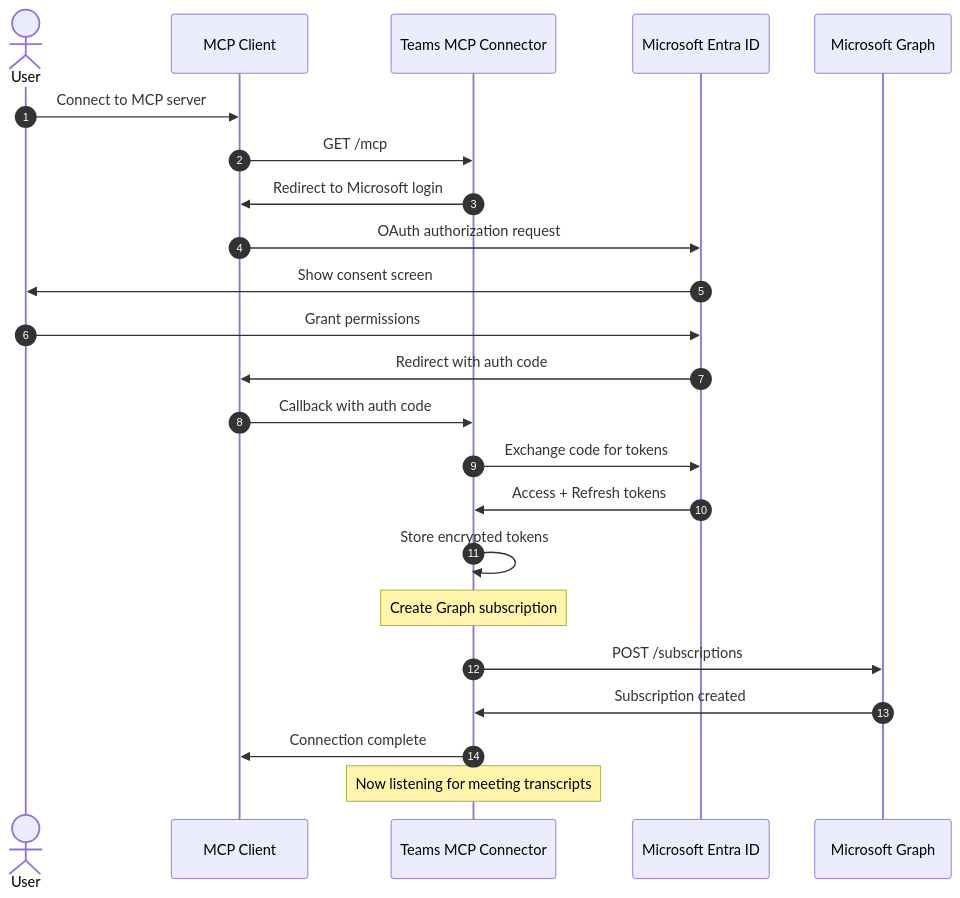
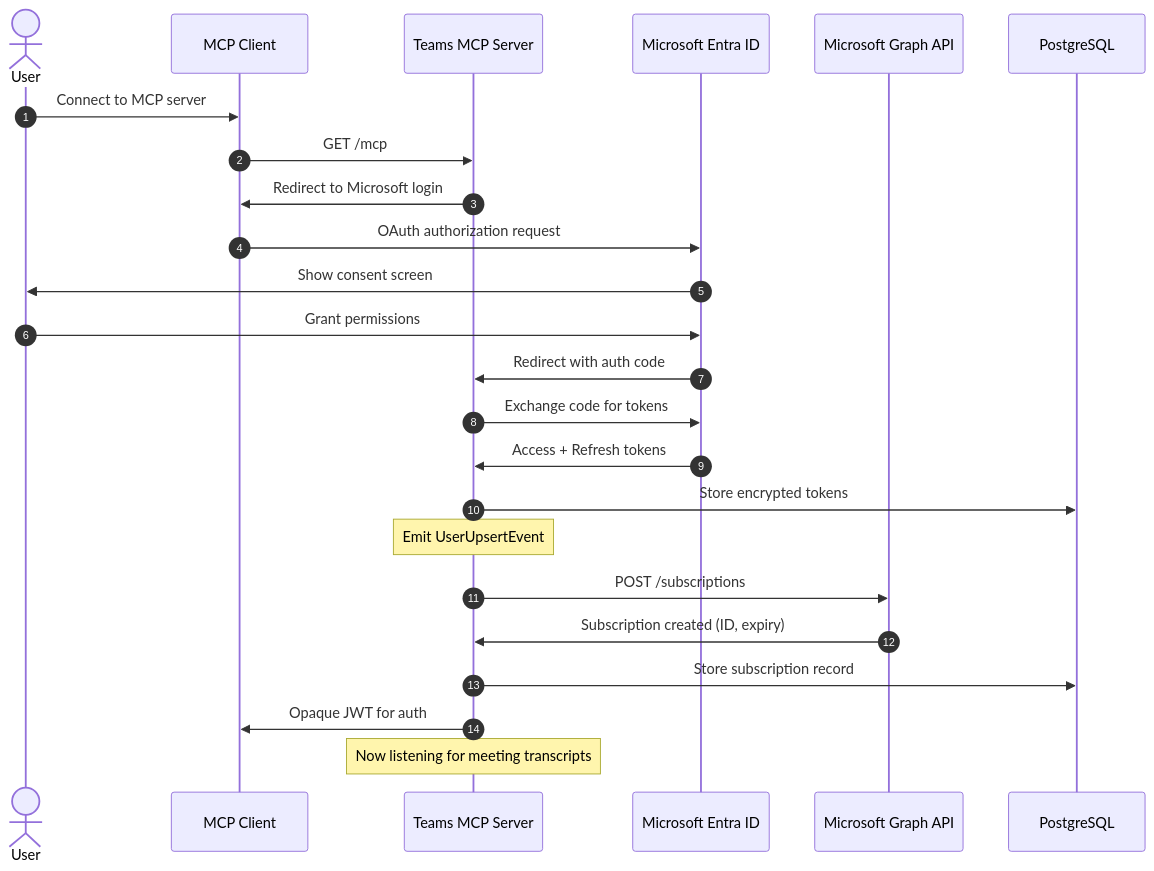
Before and after one commit to Unique-AG/connectors: the second of 4 diagrams in services/teams-mcp/docs/overview.md, drawn with Mermaid. The commit also changed other lines of this file and 11 other files, not shown here.

````diff
--- a/services/teams-mcp/docs/overview.md
+++ b/services/teams-mcp/docs/overview.md
@@ -149,28 +149,29 @@
 ```mermaid
 sequenceDiagram
     autonumber
     actor User
-    participant MCP as MCP Client
-    participant Teams as Teams MCP Connector
-    participant Entra as Microsoft Entra ID
-    participant Graph as Microsoft Graph
+    participant MCPClient as MCP Client
+    participant TeamsMCP as Teams MCP Server
+    participant EntraID as Microsoft Entra ID
+    participant MSGraph as Microsoft Graph API
+    participant DB as PostgreSQL
 
-    User->>MCP: Connect to MCP server
-    MCP->>Teams: GET /mcp
-    Teams->>MCP: Redirect to Microsoft login
-    MCP->>Entra: OAuth authorization request
-    Entra->>User: Show consent screen
-    User->>Entra: Grant permissions
-    Entra->>MCP: Redirect with auth code
-    MCP->>Teams: Callback with auth code
-    Teams->>Entra: Exchange code for tokens
-    Entra->>Teams: Access + Refresh tokens
-    Teams->>Teams: Store encrypted tokens
+    User->>MCPClient: Connect to MCP server
+    MCPClient->>TeamsMCP: GET /mcp
+    TeamsMCP->>MCPClient: Redirect to Microsoft login
+    MCPClient->>EntraID: OAuth authorization request
+    EntraID->>User: Show consent screen
+    User->>EntraID: Grant permissions
+    EntraID->>TeamsMCP: Redirect with auth code
+    TeamsMCP->>EntraID: Exchange code for tokens
+    EntraID->>TeamsMCP: Access + Refresh tokens
+    TeamsMCP->>DB: Store encrypted tokens
 
-    Note over Teams: Create Graph subscription
-    Teams->>Graph: POST /subscriptions
-    Graph->>Teams: Subscription created
-    Teams->>MCP: Connection complete
+    Note over TeamsMCP: Emit UserUpsertEvent
+    TeamsMCP->>MSGraph: POST /subscriptions
+    MSGraph->>TeamsMCP: Subscription created (ID, expiry)
+    TeamsMCP->>DB: Store subscription record
+    TeamsMCP->>MCPClient: Opaque JWT for auth
 
-    Note over Teams: Now listening for meeting transcripts
+    Note over TeamsMCP: Now listening for meeting transcripts
 ```
````
